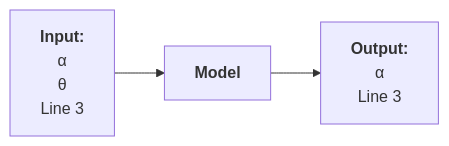
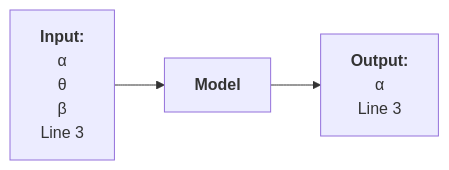
Before and after one commit to bmw-ece-ntust/wilfrid-prach-attack-analysis: the third of 3 diagrams in docs/20250307 Thesis (PRACH Attack Problem Definition).md, drawn with Mermaid. The commit also changed other lines of this file, not shown here.

````diff
--- a/docs/20250307 Thesis (PRACH Attack Problem Definition).md
+++ b/docs/20250307 Thesis (PRACH Attack Problem Definition).md
@@ -191,12 +192,13 @@
 ```mermaid
 flowchart LR
     input["`**Input:**
     α
     θ
+    β
     Line 3`"]
     process["`**Model**`"]
     output["`**Output:**
     α
     Line 3`"]
     input --> process --> output
 ```
````
